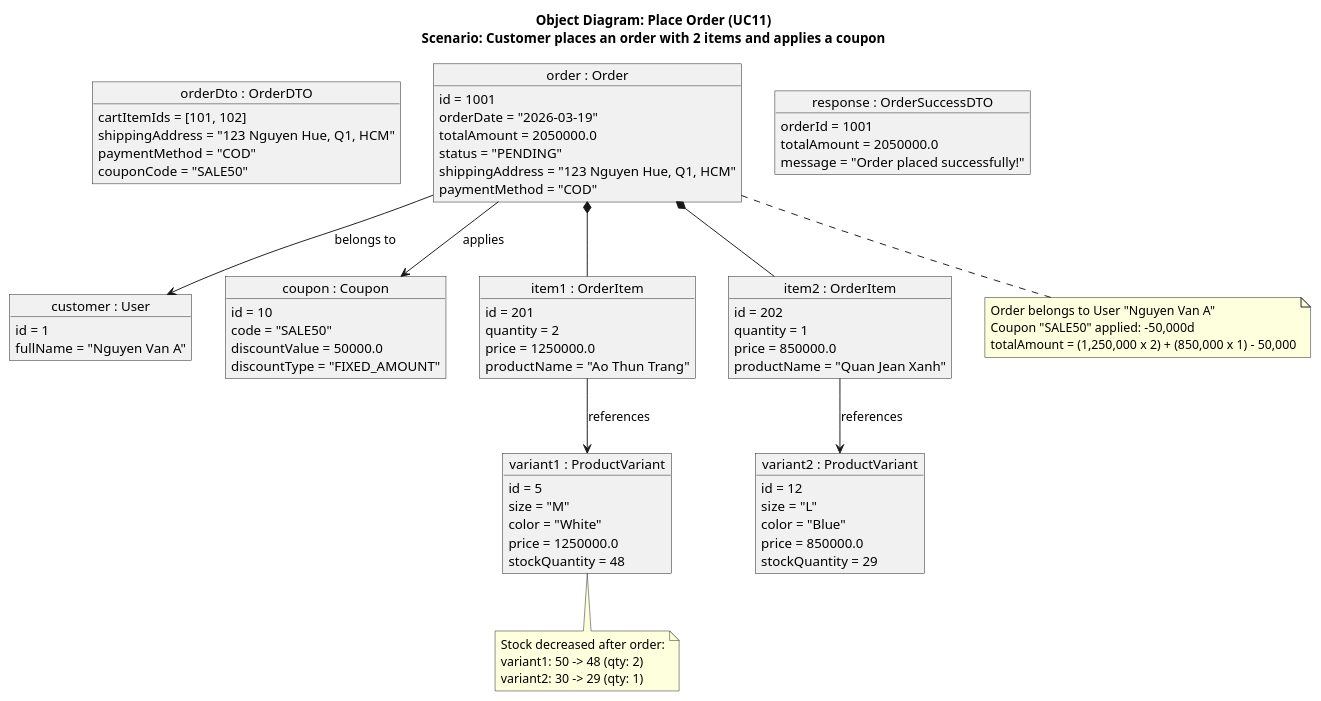
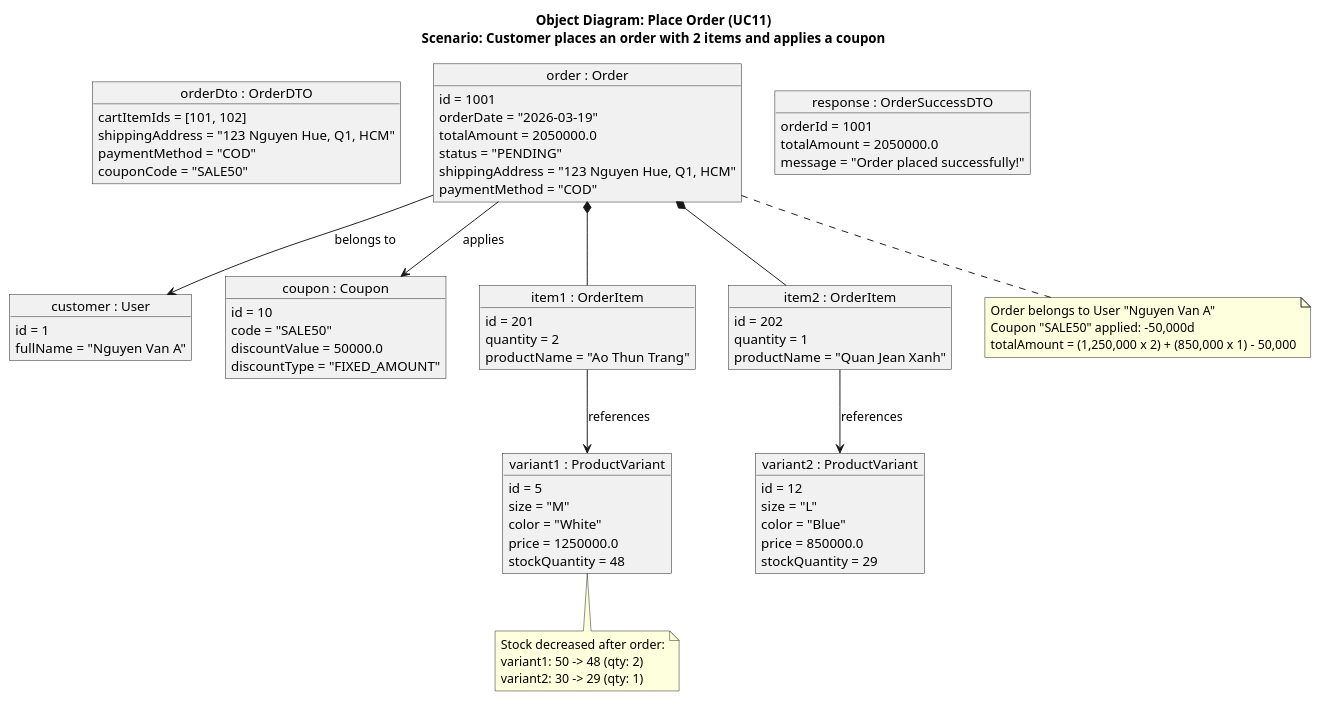
The diagram in src/main/java/org/example/fashionstoresystem/uml/Object/OD11_PlaceOrder.puml (Peterdir/fashion-store-system), drawn with PlantUML before and after one commit. The commit also changed 13 other files, not shown here.

Commit message:
Update DTO and UML

```diff
--- a/src/main/java/org/example/fashionstoresystem/uml/Object/OD11_PlaceOrder.puml
+++ b/src/main/java/org/example/fashionstoresystem/uml/Object/OD11_PlaceOrder.puml
@@ -1,95 +1,93 @@
 @startuml
 title Object Diagram: Place Order (UC11)\nScenario: Customer places an order with 2 items and applies a coupon
 
 ' DTO - Data sent from checkout form
 object "orderDto : OrderDTO" as dto {
     cartItemIds = [101, 102]
     shippingAddress = "123 Nguyen Hue, Q1, HCM"
     paymentMethod = "COD"
     couponCode = "SALE50"
 }
 
 ' Entity - User
 object "customer : User" as user {
     id = 1
     fullName = "Nguyen Van A"
 }
 
 ' Entity - Coupon applied
 object "coupon : Coupon" as coupon {
     id = 10
     code = "SALE50"
     discountValue = 50000.0
     discountType = "FIXED_AMOUNT"
 }
 
 ' Entity - Order created
 object "order : Order" as order {
     id = 1001
     orderDate = "2026-03-19"
     totalAmount = 2050000.0
     status = "PENDING"
     shippingAddress = "123 Nguyen Hue, Q1, HCM"
     paymentMethod = "COD"
 }
 
 ' Entity - Order Items
 object "item1 : OrderItem" as item1 {
     id = 201
     quantity = 2
-    price = 1250000.0
     productName = "Ao Thun Trang"
 }
 
 object "item2 : OrderItem" as item2 {
     id = 202
     quantity = 1
-    price = 850000.0
     productName = "Quan Jean Xanh"
 }
 
 ' Entity - ProductVariants (stock updated)
 object "variant1 : ProductVariant" as v1 {
     id = 5
     size = "M"
     color = "White"
     price = 1250000.0
     stockQuantity = 48
 }
 
 object "variant2 : ProductVariant" as v2 {
     id = 12
     size = "L"
     color = "Blue"
     price = 850000.0
     stockQuantity = 29
 }
 
 ' Response DTO
 object "response : OrderSuccessDTO" as res {
     orderId = 1001
     totalAmount = 2050000.0
     message = "Order placed successfully!"
 }
 
 ' Structural relationships
 order *-- item1
 order *-- item2
 order --> user : belongs to
 order --> coupon : applies
 item1 --> v1 : references
 item2 --> v2 : references
 
 note bottom of order
     Order belongs to User "Nguyen Van A"
     Coupon "SALE50" applied: -50,000d
     totalAmount = (1,250,000 x 2) + (850,000 x 1) - 50,000
 end note
 
 note bottom of v1
     Stock decreased after order:
     variant1: 50 -> 48 (qty: 2)
     variant2: 30 -> 29 (qty: 1)
 end note
 
 @enduml
```
